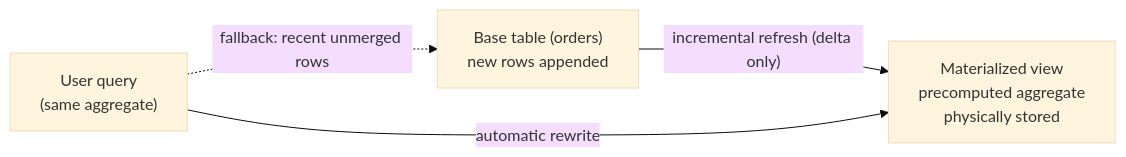
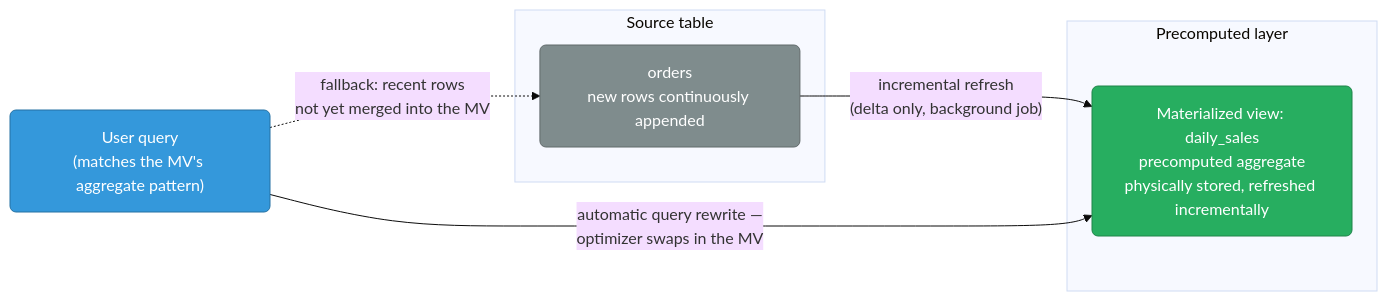
Before and after one commit to deepanshu-rawat6/DevOpsIndex: the third of 3 diagrams in gcp/bigquery.md, drawn with Mermaid (base theme). The commit also changed other lines of this file and 14 other files, not shown here.

````diff
--- a/gcp/bigquery.md
+++ b/gcp/bigquery.md
@@ -274,6 +380,20 @@
 ```mermaid
 graph LR
-    BASE["Base table (orders)<br>new rows appended"] -->|"incremental refresh (delta only)"| MV["Materialized view<br>precomputed aggregate<br>physically stored"]
-    Q["User query<br>(same aggregate)"] -->|"automatic rewrite"| MV
-    Q -.->|"fallback: recent unmerged rows"| BASE
+    classDef base fill:#7f8c8d,stroke:#616a6b,color:#fff,rx:6
+    classDef mv fill:#27ae60,stroke:#1e8449,color:#fff,rx:6
+    classDef query fill:#3498db,stroke:#2471a3,color:#fff,rx:6
+
+    subgraph SOURCE["Source table"]
+        BASE["orders<br/>new rows continuously appended"]:::base
+    end
+
+    subgraph PRECOMPUTED["Precomputed layer"]
+        MV["Materialized view: daily_sales<br/>precomputed aggregate<br/>physically stored, refreshed incrementally"]:::mv
+    end
+
+    Q["User query<br/>(matches the MV's aggregate pattern)"]:::query
+
+    BASE -->|"incremental refresh<br/>(delta only, background job)"| MV
+    Q -->|"automatic query rewrite —<br/>optimizer swaps in the MV"| MV
+    Q -.->|"fallback: recent rows<br/>not yet merged into the MV"| BASE
 ```
````
